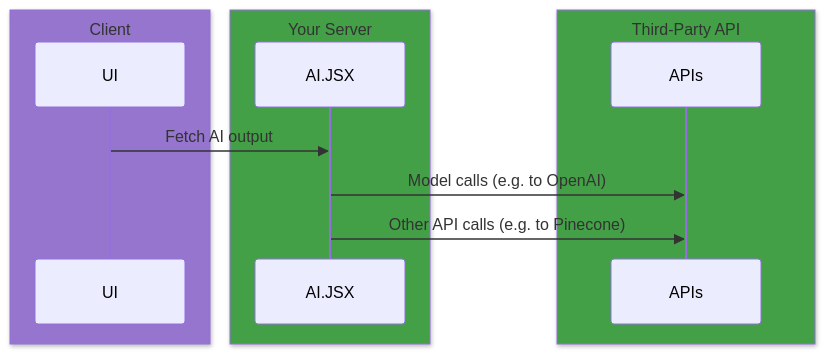
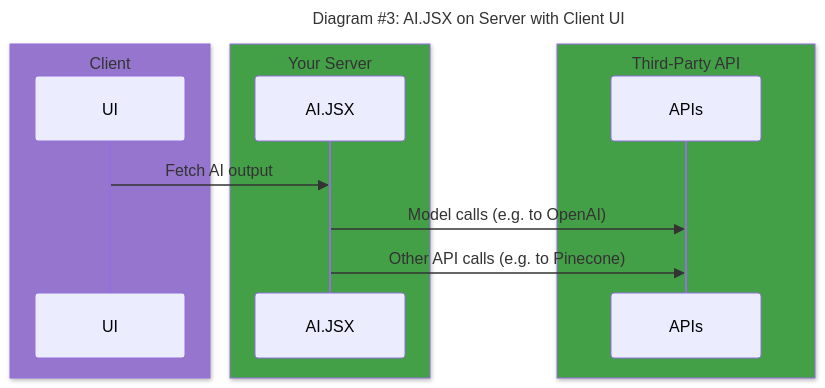
The third of 5 diagrams in packages/docs/docs/guides/architecture.mdx (fixie-ai/ai-jsx), drawn with Mermaid before and after one commit. The commit also changed other lines of this file, not shown here.

First line of the commit message:
Revamping architecture guide

````diff
--- a/packages/docs/docs/guides/architecture.mdx
+++ b/packages/docs/docs/guides/architecture.mdx
@@ -147,15 +174,16 @@
 ```mermaid
 sequenceDiagram
+    title Diagram #35;3: AI.JSX on Server with Client UI
     box rgb(149, 117, 205) Client
     participant UI
     end
     box rgb(67, 160, 71) Your Server
     participant AI.JSX
     end
     UI->>AI.JSX: Fetch AI output
     AI.JSX->>APIs: Model calls (e.g. to OpenAI)
     AI.JSX->>APIs: Other API calls (e.g. to Pinecone)
     box rgb(67, 160, 71) Third-Party API
     participant APIs
     end
 ```
````
